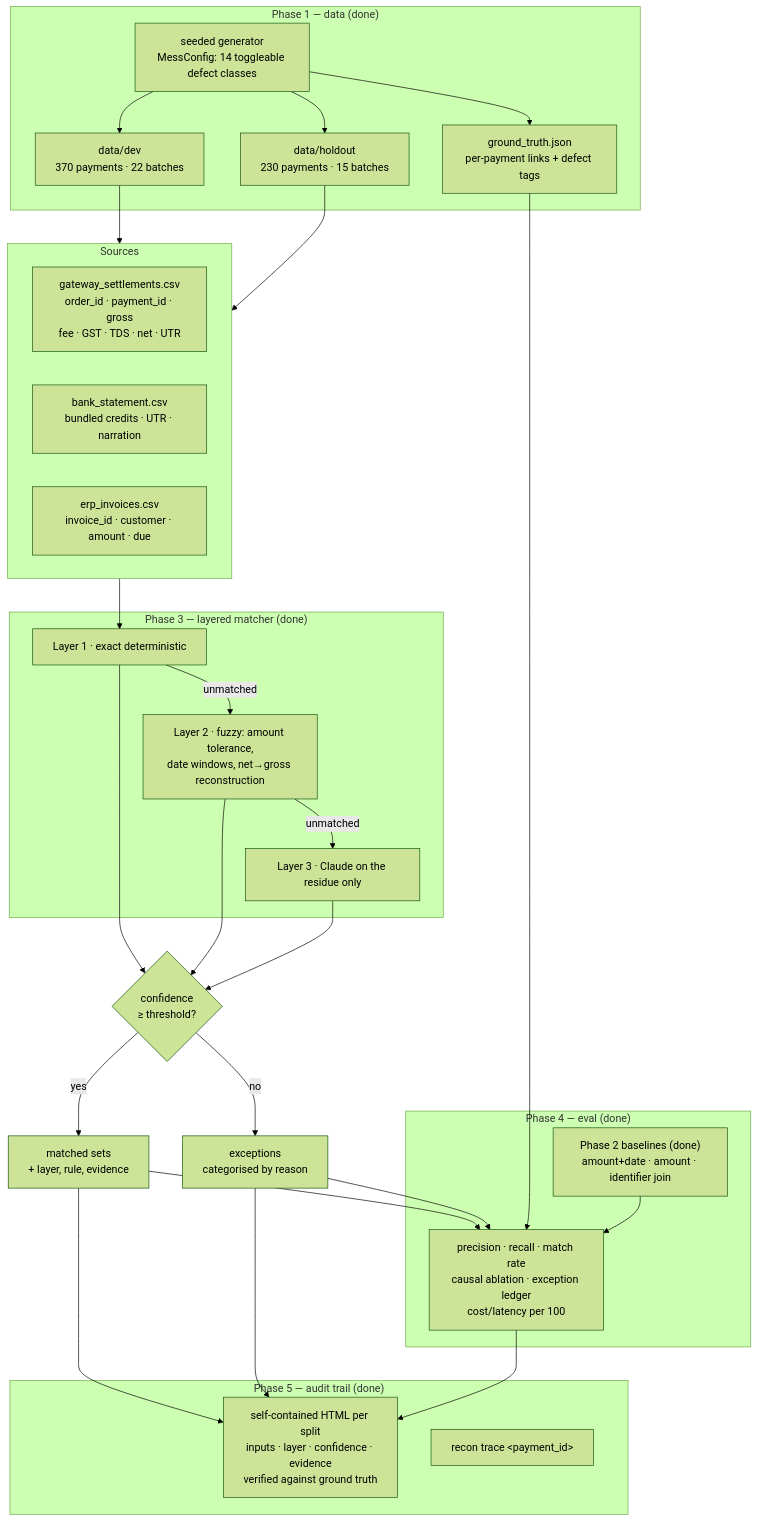
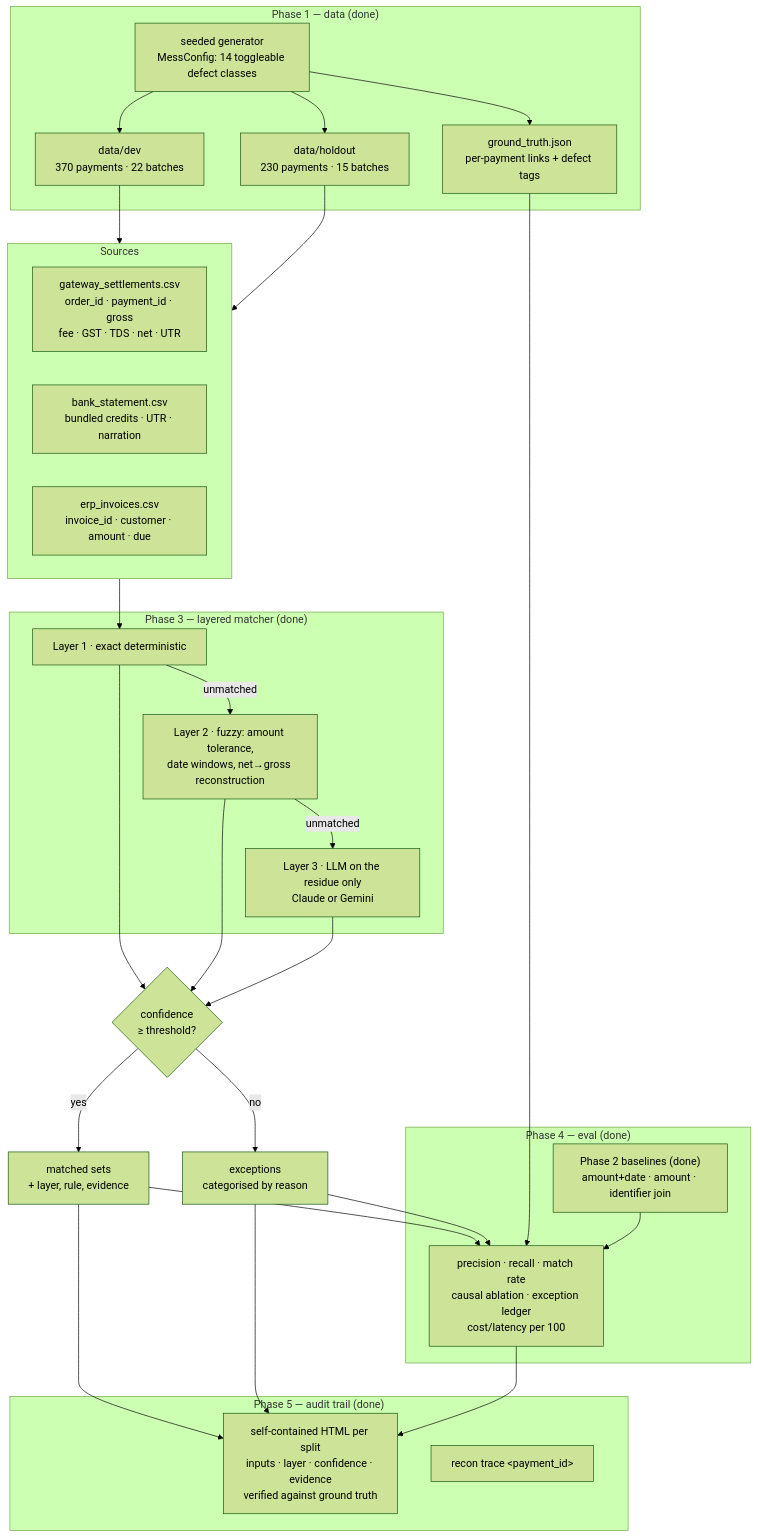
Before and after one commit to PulipatiPranav/razorpay-reconciliation-agent: the diagram in README.md, drawn with Mermaid (forest theme). The commit also changed other lines of this file and 7 other files, not shown here.

First line of the commit message:
Add Gemini as a Layer 3 provider so the layer is runnable without a card

````diff
--- a/README.md
+++ b/README.md
@@ -45,47 +45,47 @@
 ```mermaid
 flowchart TB
     subgraph P1["Phase 1 — data (done)"]
         GEN["seeded generator<br/>MessConfig: 14 toggleable defect classes"]
         GEN --> DEV["data/dev<br/>370 payments · 22 batches"]
         GEN --> HOLD["data/holdout<br/>230 payments · 15 batches"]
         GEN --> GT["ground_truth.json<br/>per-payment links + defect tags"]
     end
 
     subgraph SRC["Sources"]
         GW["gateway_settlements.csv<br/>order_id · payment_id · gross<br/>fee · GST · TDS · net · UTR"]
         BANK["bank_statement.csv<br/>bundled credits · UTR · narration"]
         ERP["erp_invoices.csv<br/>invoice_id · customer · amount · due"]
     end
 
     DEV --> SRC
     HOLD --> SRC
 
     subgraph P3["Phase 3 — layered matcher (done)"]
         L1["Layer 1 · exact deterministic"]
         L2["Layer 2 · fuzzy: amount tolerance,<br/>date windows, net→gross reconstruction"]
-        L3["Layer 3 · Claude on the residue only"]
+        L3["Layer 3 · LLM on the residue only<br/>Claude or Gemini"]
         L1 -->|unmatched| L2 -->|unmatched| L3
     end
 
     SRC --> L1
     L1 & L2 & L3 --> CONF{"confidence<br/>≥ threshold?"}
     CONF -->|yes| MATCH["matched sets<br/>+ layer, rule, evidence"]
     CONF -->|no| EXC["exceptions<br/>categorised by reason"]
 
     subgraph P4["Phase 4 — eval (done)"]
         BASE["Phase 2 baselines (done)<br/>amount+date · amount · identifier join"]
         EVAL["precision · recall · match rate<br/>causal ablation · exception ledger<br/>cost/latency per 100"]
     end
 
     MATCH & EXC --> EVAL
     GT --> EVAL
     BASE --> EVAL
 
     subgraph P5["Phase 5 — audit trail (done)"]
         HTML["self-contained HTML per split<br/>inputs · layer · confidence · evidence<br/>verified against ground truth"]
         CLI["recon trace &lt;payment_id&gt;"]
     end
 
     MATCH & EXC --> HTML
     EVAL --> HTML
 ```
````
